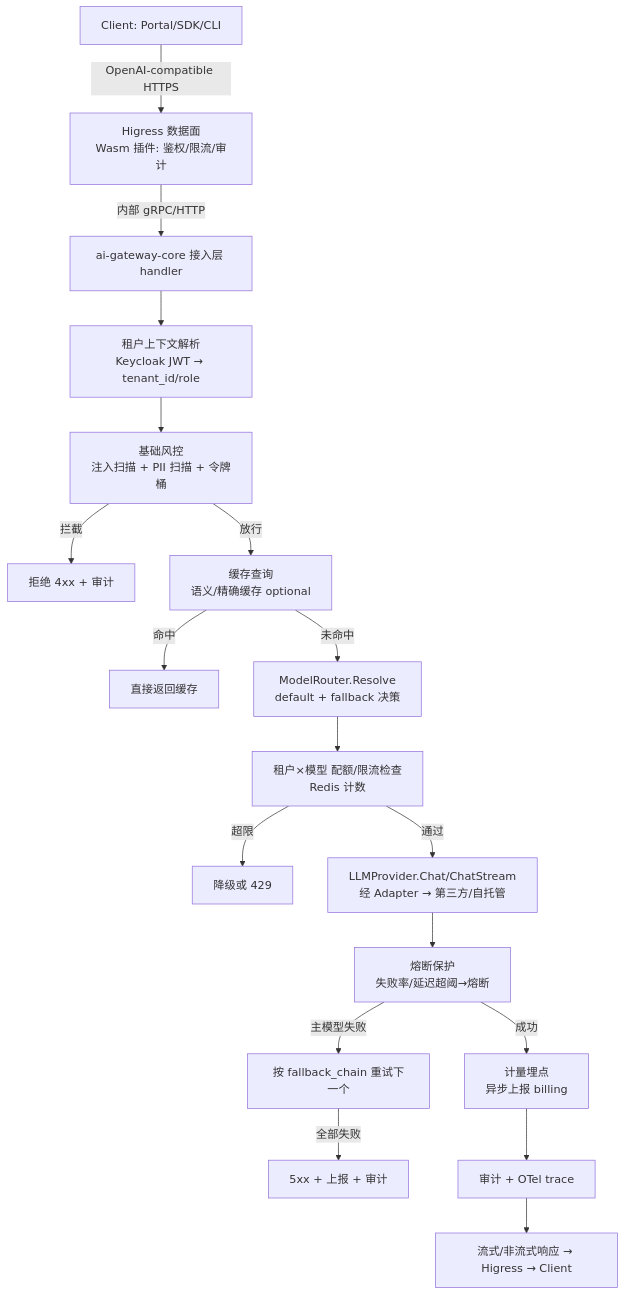
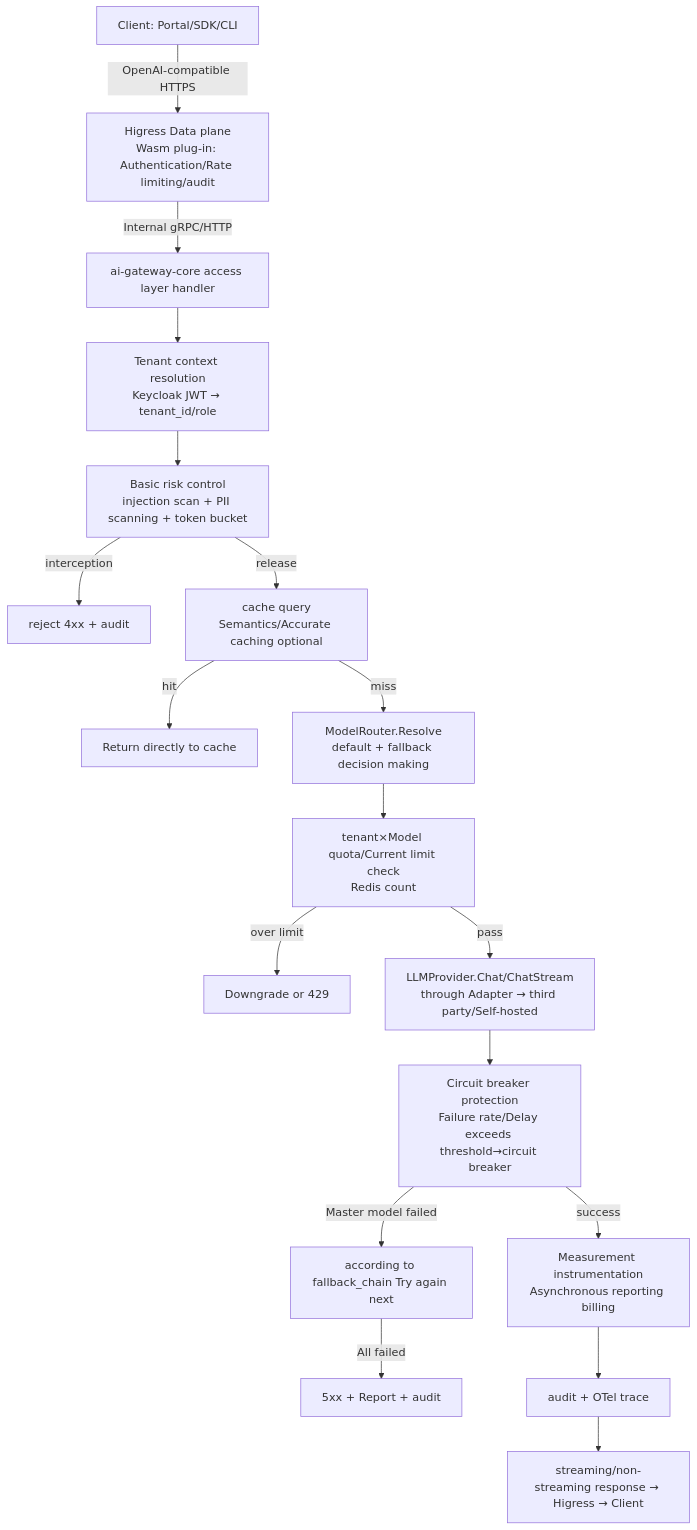
One commit to open-strata-ai/ai-gateway-core changed the first of 2 diagrams in design/DESIGN.md. Above: the diagram before and after it, drawn with Mermaid. The commit also changed other lines of this file and 11 other files, not shown here.

````diff
--- a/design/DESIGN.md
+++ b/design/DESIGN.md
@@ -152,20 +152,20 @@
 ```mermaid
 flowchart TD
-    A[Client: Portal/SDK/CLI] -->|"OpenAI-compatible HTTPS"| B[Higress 数据面<br/>Wasm 插件: 鉴权/限流/审计]
-    B -->|"内部 gRPC/HTTP"| C[ai-gateway-core 接入层 handler]
-    C --> D[租户上下文解析<br/>Keycloak JWT → tenant_id/role]
-    D --> E[基础风控<br/>注入扫描 + PII 扫描 + 令牌桶]
-    E -->|"拦截"| EX[拒绝 4xx + 审计]
-    E -->|"放行"| F[缓存查询<br/>语义/精确缓存 optional]
-    F -->|"命中"| R2[直接返回缓存]
-    F -->|"未命中"| G[ModelRouter.Resolve<br/>default + fallback 决策]
-    G --> H[租户×模型 配额/限流检查<br/>Redis 计数]
-    H -->|"超限"| DEG[降级或 429]
-    H -->|"通过"| I[LLMProvider.Chat/ChatStream<br/>经 Adapter → 第三方/自托管]
-    I --> J[熔断保护<br/>失败率/延迟超阈→熔断]
-    J -->|"主模型失败"| K[按 fallback_chain 重试下一个]
-    K -->|"全部失败"| ERR[5xx + 上报 + 审计]
-    J -->|"成功"| L[计量埋点<br/>异步上报 billing]
-    L --> M[审计 + OTel trace]
-    M --> R1[流式/非流式响应 → Higress → Client]
+    A[Client: Portal/SDK/CLI] -->|"OpenAI-compatible HTTPS"| B[Higress Data plane<br/>Wasm plug-in: Authentication/Rate limiting/audit]
+    B -->|"Internal gRPC/HTTP"| C[ai-gateway-core access layer handler]
+    C --> D[Tenant context resolution<br/>Keycloak JWT → tenant_id/role]
+    D --> E[Basic risk control<br/>injection scan + PII scanning + token bucket]
+    E -->|"interception"| EX[reject 4xx + audit]
+    E -->|"release"| F[cache query<br/>Semantics/Accurate caching optional]
+    F -->|"hit"| R2[Return directly to cache]
+    F -->|"miss"| G[ModelRouter.Resolve<br/>default + fallback decision making]
+    G --> H[tenant×Model quota/Current limit check<br/>Redis count]
+    H -->|"over limit"| DEG[Downgrade or 429]
+    H -->|"pass"| I[LLMProvider.Chat/ChatStream<br/>through Adapter → third party/Self-hosted]
+    I --> J[Circuit breaker protection<br/>Failure rate/Delay exceeds threshold→circuit breaker]
+    J -->|"Master model failed"| K[according to fallback_chain Try again next]
+    K -->|"All failed"| ERR[5xx + Report + audit]
+    J -->|"success"| L[Measurement instrumentation<br/>Asynchronous reporting billing]
+    L --> M[audit + OTel trace]
+    M --> R1[streaming/non-streaming response → Higress → Client]
 ```
````
